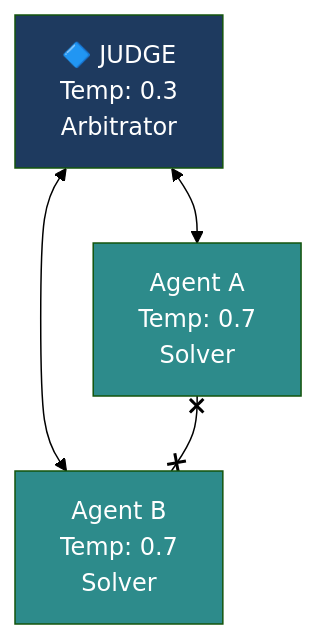
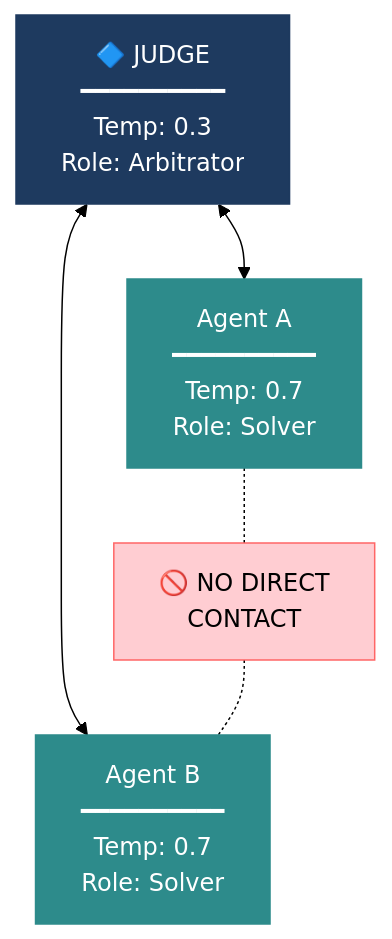
Before and after one commit to mikenk2010/COSC3009-Intelligent-Decision-Making-Advanced-IDM-Algorithm-Design: the seventh of 19 diagrams in PRESENTATION_OUTLINE.md, drawn with Mermaid (forest theme). The commit also changed other lines of this file, not shown here.

````diff
--- a/PRESENTATION_OUTLINE.md
+++ b/PRESENTATION_OUTLINE.md
@@ -307,14 +396,16 @@
 ```mermaid
 flowchart TB
-    J["🔷 JUDGE<br/>Temp: 0.3<br/>Arbitrator"]
-    A["Agent A<br/>Temp: 0.7<br/>Solver"]
-    B["Agent B<br/>Temp: 0.7<br/>Solver"]
+    J["🔷 JUDGE<br/>━━━━━━━━━━<br/>Temp: 0.3<br/>Role: Arbitrator"]
+    A["Agent A<br/>━━━━━━━━━━<br/>Temp: 0.7<br/>Role: Solver"]
+    B["Agent B<br/>━━━━━━━━━━<br/>Temp: 0.7<br/>Role: Solver"]
+    Block["🚫 NO DIRECT<br/>CONTACT"]
 
     J <--> A
     J <--> B
-    A x--x B
+    A -.- Block -.- B
 
-    style J fill:#1e3a5f,color:#fff
-    style A fill:#2d8b8b,color:#fff
-    style B fill:#2d8b8b,color:#fff
+    style J fill:#1e3a5f,color:#fff,stroke:#1e3a5f
+    style A fill:#2d8b8b,color:#fff,stroke:#2d8b8b
+    style B fill:#2d8b8b,color:#fff,stroke:#2d8b8b
+    style Block fill:#ffcdd2,stroke:#ff6666
 ```
````
